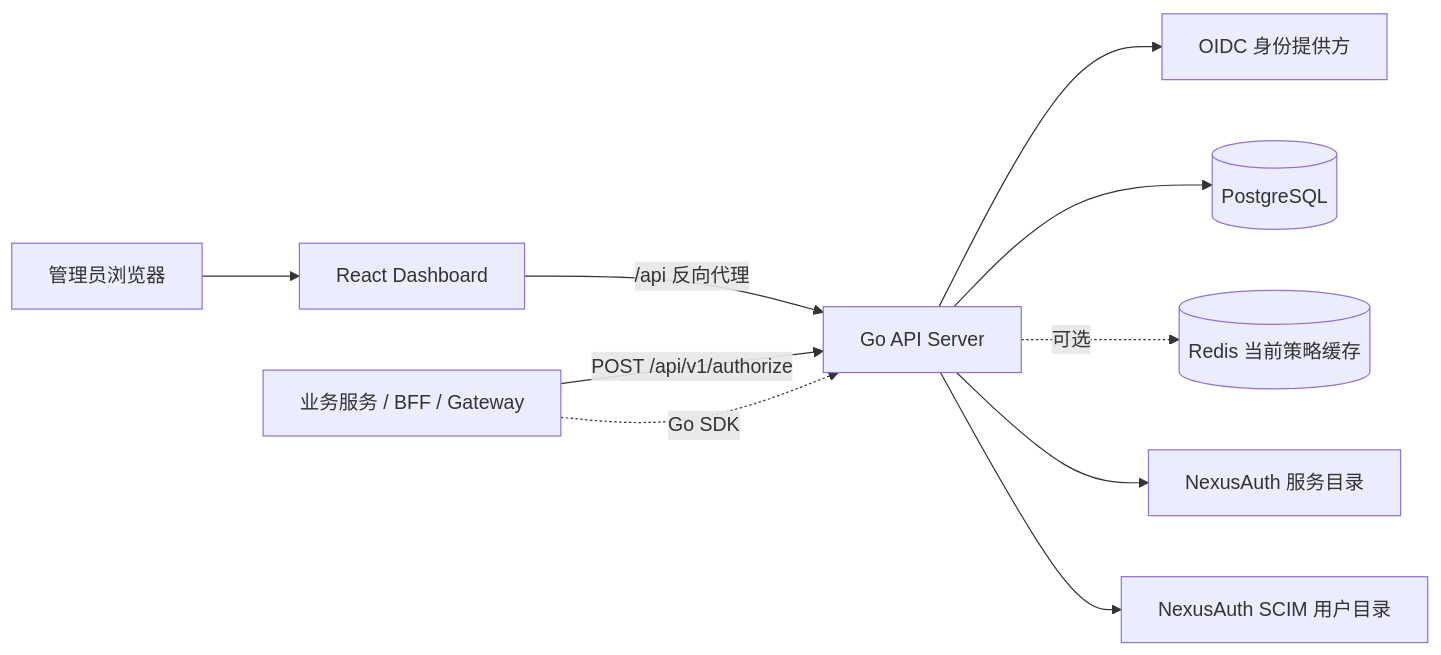
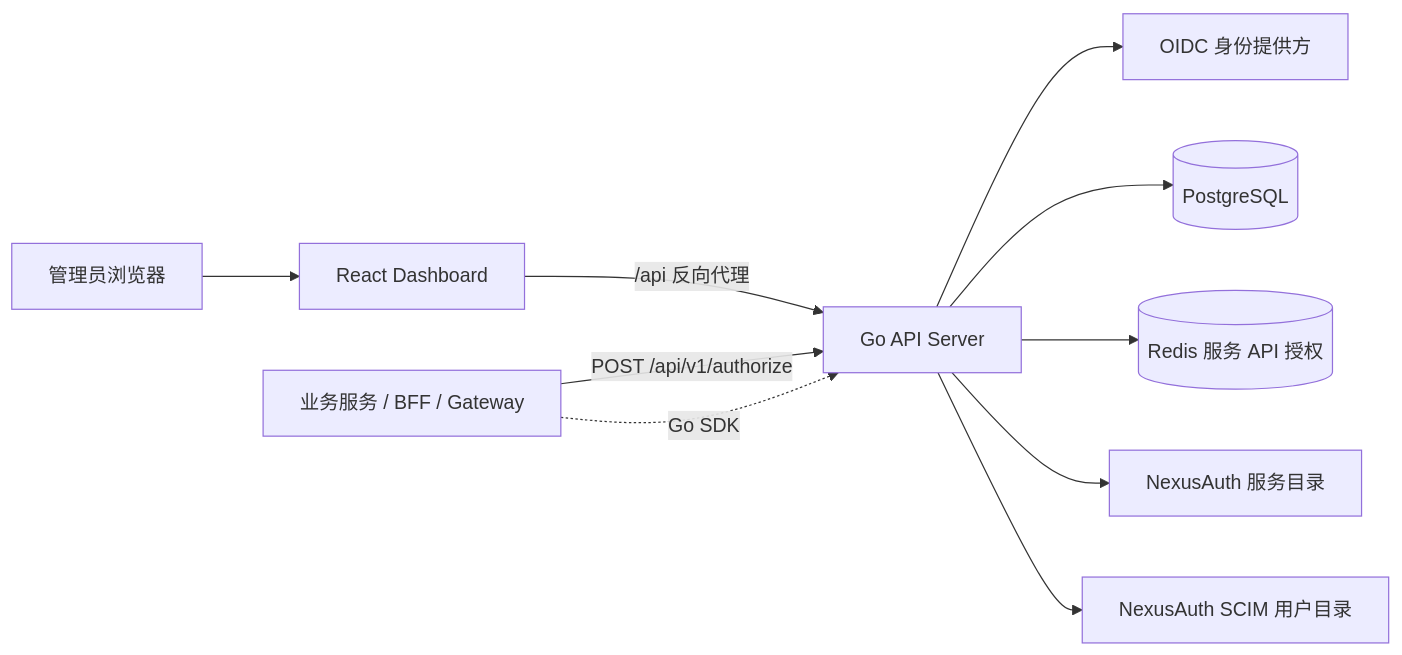
One commit to Zevlune/NexusAuthorization changed the first of 2 diagrams in doc/system-design.md. Above: the diagram before and after it, drawn with Mermaid. The commit also changed other lines of this file and 58 other files, not shown here.

First line of the commit message:
feat(auth): use Redis subject API policies for runtime authorization

````diff
--- a/doc/system-design.md
+++ b/doc/system-design.md
@@ -26,12 +26,12 @@
 ```mermaid
 flowchart LR
     Admin[管理员浏览器] --> Dashboard[React Dashboard]
     Dashboard -->|/api 反向代理| API[Go API Server]
     API --> Auth[OIDC 身份提供方]
     API --> PG[(PostgreSQL)]
-    API -.可选.-> Redis[(Redis 当前策略缓存)]
+    API --> Redis[(Redis 服务 API 授权)]
     API --> Catalog[NexusAuth 服务目录]
     API --> SCIM[NexusAuth SCIM 用户目录]
     Service[业务服务 / BFF / Gateway] -->|POST /api/v1/authorize| API
     Service -.Go SDK.-> API
 ```
````
